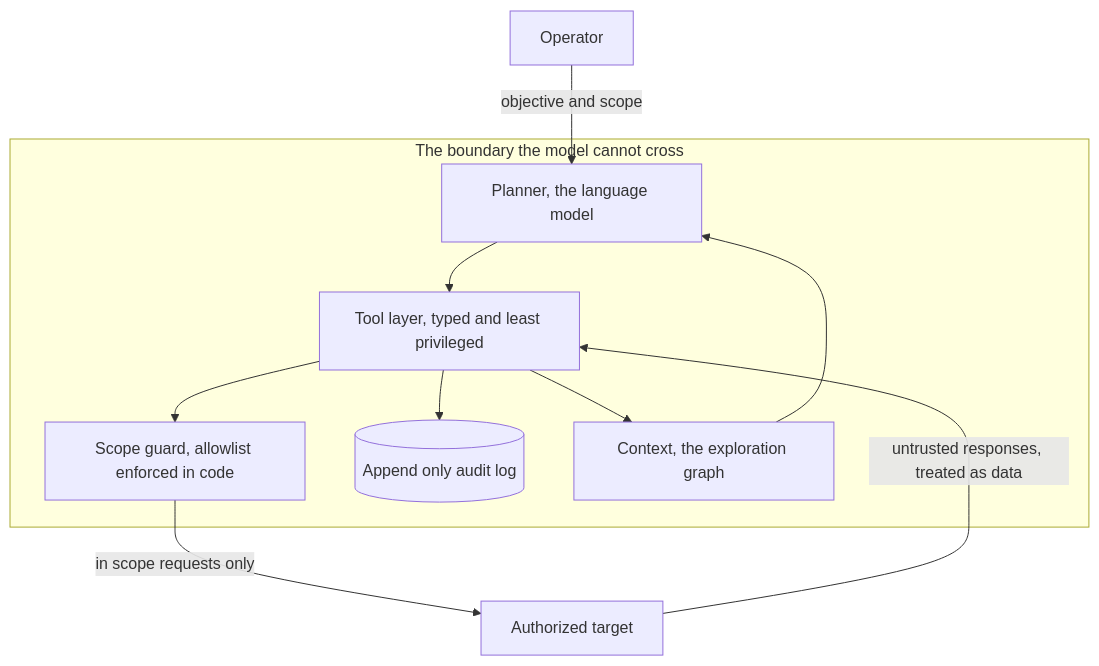
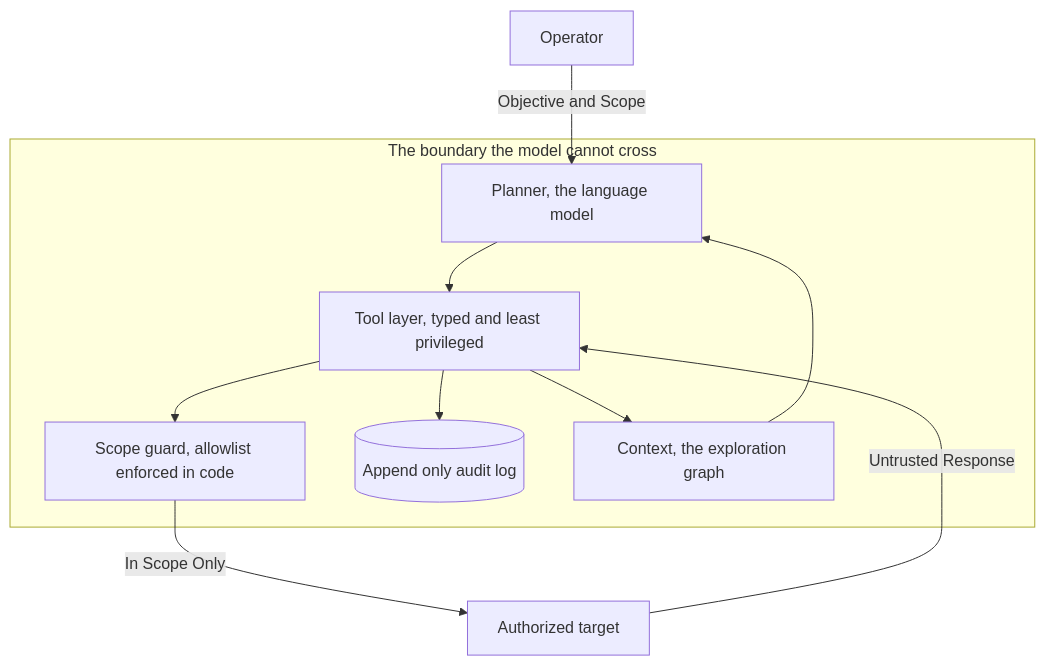
The first of 3 diagrams in ARTICLE.md (catownsley/ariadne), drawn with Mermaid before and after one commit. The commit also changed other lines of this file and 3 other files, not shown here.

Commit message:
Render the diagram images with mermaid to match the GitHub diagrams, align article labels

````diff
--- a/ARTICLE.md
+++ b/ARTICLE.md
@@ -15,13 +15,13 @@
 ```mermaid
 flowchart TD
-    OP[Operator] -->|objective and scope| PL
+    OP[Operator] -->|Objective and Scope| PL
     subgraph BOUND[The boundary the model cannot cross]
         PL[Planner, the language model] --> TB[Tool layer, typed and least privileged]
         TB --> SG[Scope guard, allowlist enforced in code]
         TB --> AU[(Append only audit log)]
         CX[Context, the exploration graph] --> PL
         TB --> CX
     end
-    SG -->|in scope requests only| TGT[Authorized target]
-    TGT -->|untrusted responses, treated as data| TB
+    SG -->|In Scope Only| TGT[Authorized target]
+    TGT -->|Untrusted Response| TB
 ```
````
